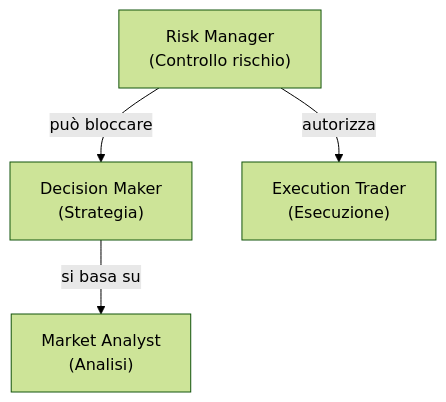
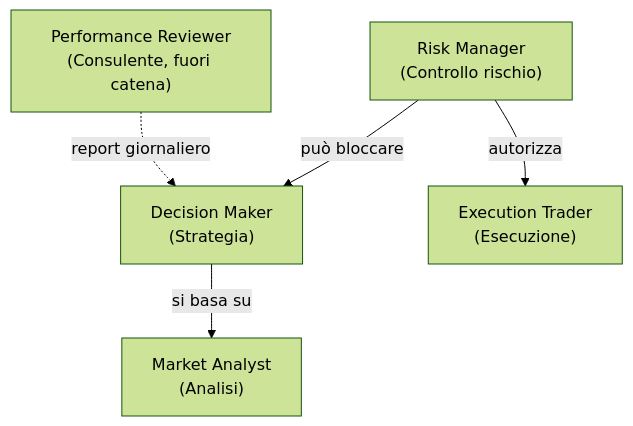
The diagram in docs/hierarchy_and_roles.md (Mardock137/mdk_crypto_trading), drawn with Mermaid (forest theme) before and after one commit. The commit also changed other lines of this file and 25 other files, not shown here.

````diff
--- a/docs/hierarchy_and_roles.md
+++ b/docs/hierarchy_and_roles.md
@@ -17,11 +17,13 @@
 ```mermaid
 flowchart TD
     riskManager["Risk Manager\n(Controllo rischio)"]
     decisionMaker["Decision Maker\n(Strategia)"]
     marketAnalyst["Market Analyst\n(Analisi)"]
     executionTrader["Execution Trader\n(Esecuzione)"]
+    reviewer["Performance Reviewer\n(Consulente, fuori catena)"]
 
     riskManager -->|"può bloccare"| decisionMaker
     decisionMaker -->|"si basa su"| marketAnalyst
     riskManager -->|"autorizza"| executionTrader
+    reviewer -.->|"report giornaliero"| decisionMaker
 ```
````
